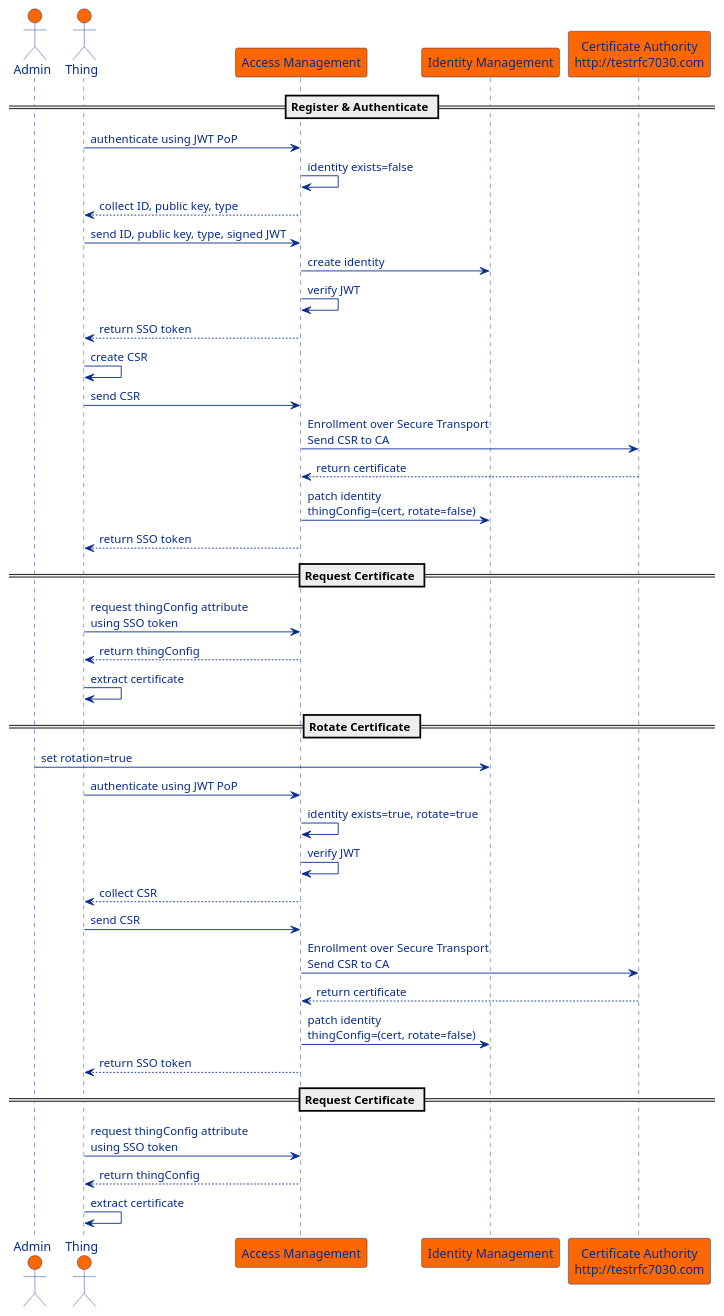
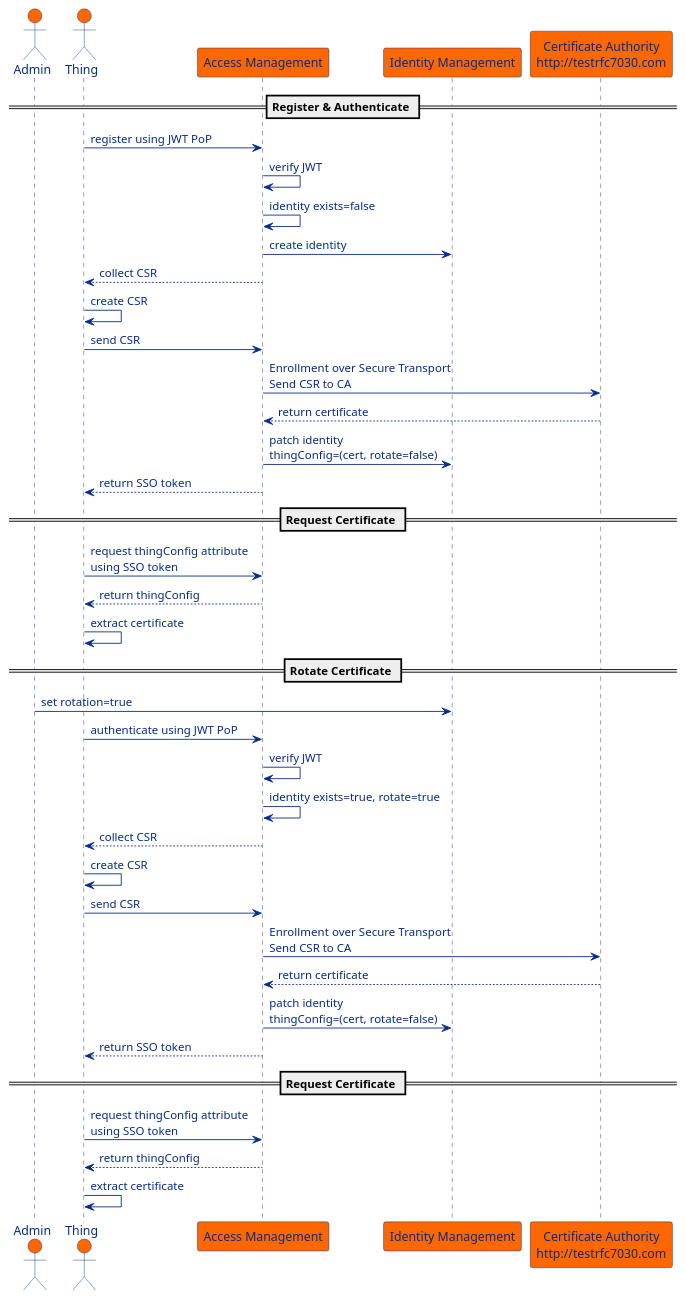
Before and after one commit to ForgeRock/iot-edge: the diagram in examples/proof-of-concept/certificate-management/docs/cert-management.puml, drawn with PlantUML. The commit also changed 2 other files, not shown here.

Commit message:
IOTEDGE-1282 Update flow diagram + example script

```diff
--- a/examples/proof-of-concept/certificate-management/docs/cert-management.puml
+++ b/examples/proof-of-concept/certificate-management/docs/cert-management.puml
@@ -1,60 +1,59 @@
 @startuml
 
 skinparam sequence {
     ArrowFontColor #062b8c
     ArrowColor #062b8c
     LifeLineBorderColor #062b8c
 
     ParticipantBorderColor #062b8c
     ParticipantBackgroundColor #fc6700
     ParticipantFontColor #062b8c
 
     ActorBorderColor #062b8c
     ActorBackgroundColor #fc6700
     ActorFontColor #062b8c
 }
 
 actor "Admin" as ad
 actor "Thing" as th
 participant "Access Management" as am
 participant "Identity Management" as idm
 participant "Certificate Authority\nhttp://testrfc7030.com" as ca
 
 == Register & Authenticate ==
-th -> am : authenticate using JWT PoP
+th -> am : register using JWT PoP
+am -> am : verify JWT
 am -> am : identity exists=false
-am --> th : collect ID, public key, type
-th -> am : send ID, public key, type, signed JWT
 am -> idm : create identity
-am -> am : verify JWT
-am --> th : return SSO token
+am --> th : collect CSR
 th -> th : create CSR
 th -> am : send CSR
 am -> ca : Enrollment over Secure Transport\nSend CSR to CA
 ca --> am : return certificate
 am -> idm : patch identity\nthingConfig=(cert, rotate=false)
 am --> th : return SSO token
 
 == Request Certificate ==
 th -> am : request thingConfig attribute\nusing SSO token
 am --> th : return thingConfig
 th -> th : extract certificate
 
 == Rotate Certificate ==
 ad -> idm : set rotation=true
 th -> am : authenticate using JWT PoP
+am -> am : verify JWT
 am -> am : identity exists=true, rotate=true
-am -> am : verify JWT
 am --> th : collect CSR
+th -> th : create CSR
 th -> am : send CSR
 am -> ca : Enrollment over Secure Transport\nSend CSR to CA
 ca --> am : return certificate
 am -> idm : patch identity\nthingConfig=(cert, rotate=false)
 am --> th : return SSO token
 
 == Request Certificate ==
 th -> am : request thingConfig attribute\nusing SSO token
 am --> th : return thingConfig
 th -> th : extract certificate
 
 @enduml
```
